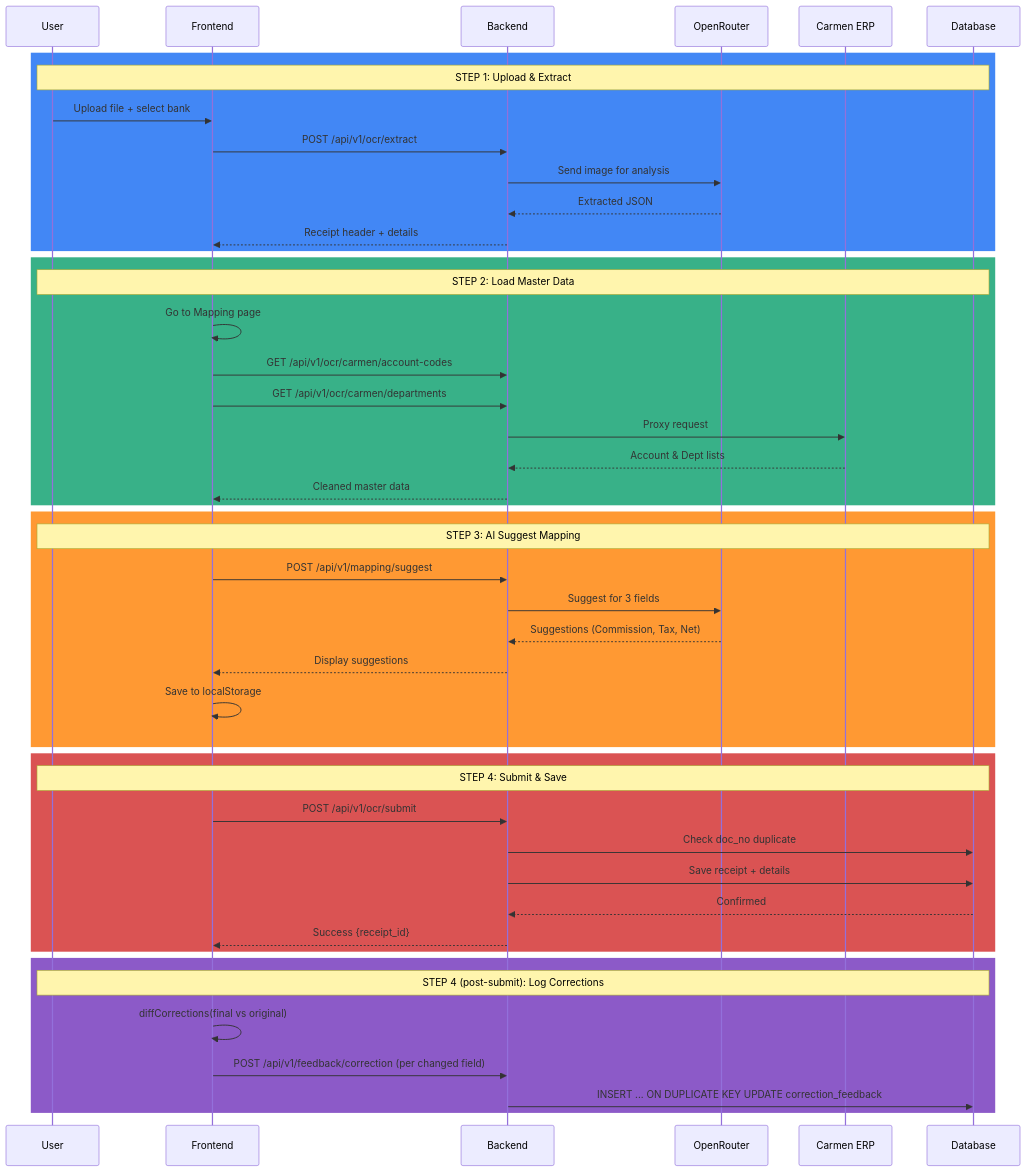
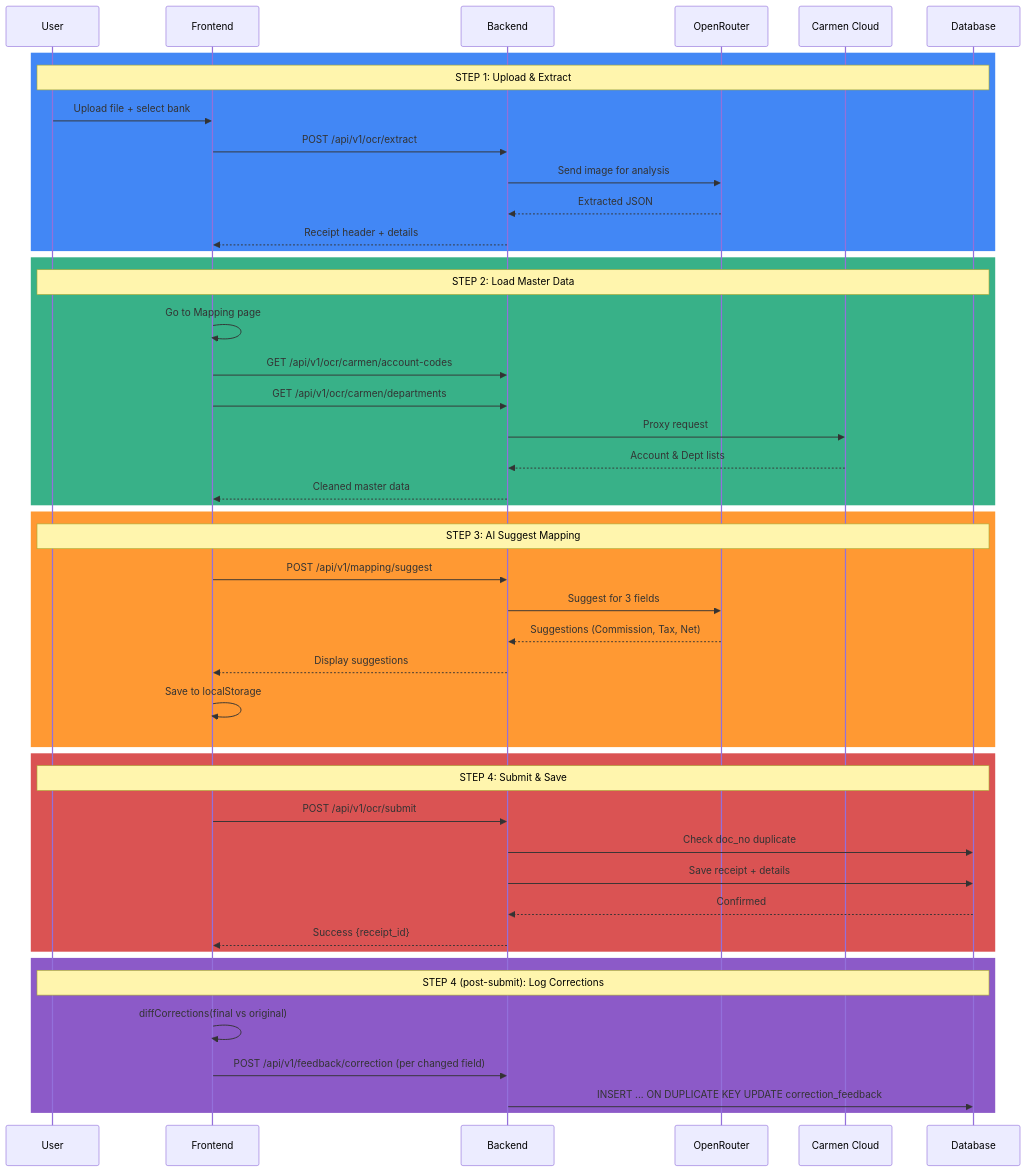
The second of 8 diagrams in docs/Software_Requirements_Specification.md (SupportCarmen/OCR), drawn with Mermaid before and after one commit. The commit also changed other lines of this file and 31 other files, not shown here.

````diff
--- a/docs/Software_Requirements_Specification.md
+++ b/docs/Software_Requirements_Specification.md
@@ -100,53 +100,53 @@
 ```mermaid
 sequenceDiagram
     participant User
     participant UI as Frontend
     participant BE as Backend
     participant LLM as OpenRouter
-    participant Carmen as Carmen ERP
+    participant Carmen as Carmen Cloud
     participant DB as Database
 
     rect rgb(66, 135, 245)
         Note over User,DB: STEP 1: Upload & Extract
         User->>UI: Upload file + select bank
         UI->>BE: POST /api/v1/ocr/extract
         BE->>LLM: Send image for analysis
         LLM-->>BE: Extracted JSON
         BE-->>UI: Receipt header + details
     end
 
     rect rgb(56, 177, 136)
         Note over User,DB: STEP 2: Load Master Data
         UI->>UI: Go to Mapping page
         UI->>BE: GET /api/v1/ocr/carmen/account-codes
         UI->>BE: GET /api/v1/ocr/carmen/departments
         BE->>Carmen: Proxy request
         Carmen-->>BE: Account & Dept lists
         BE-->>UI: Cleaned master data
     end
 
     rect rgb(255, 153, 51)
         Note over User,DB: STEP 3: AI Suggest Mapping
         UI->>BE: POST /api/v1/mapping/suggest
         BE->>LLM: Suggest for 3 fields
         LLM-->>BE: Suggestions (Commission, Tax, Net)
         BE-->>UI: Display suggestions
         UI->>UI: Save to localStorage
     end
 
     rect rgb(218, 83, 83)
         Note over User,DB: STEP 4: Submit & Save
         UI->>BE: POST /api/v1/ocr/submit
         BE->>DB: Check doc_no duplicate
         BE->>DB: Save receipt + details
         DB-->>BE: Confirmed
         BE-->>UI: Success {receipt_id}
     end
 
     rect rgb(140, 90, 200)
         Note over User,DB: STEP 4 (post-submit): Log Corrections
         UI->>UI: diffCorrections(final vs original)
         UI->>BE: POST /api/v1/feedback/correction (per changed field)
         BE->>DB: INSERT ... ON DUPLICATE KEY UPDATE correction_feedback
     end
 ```
````
